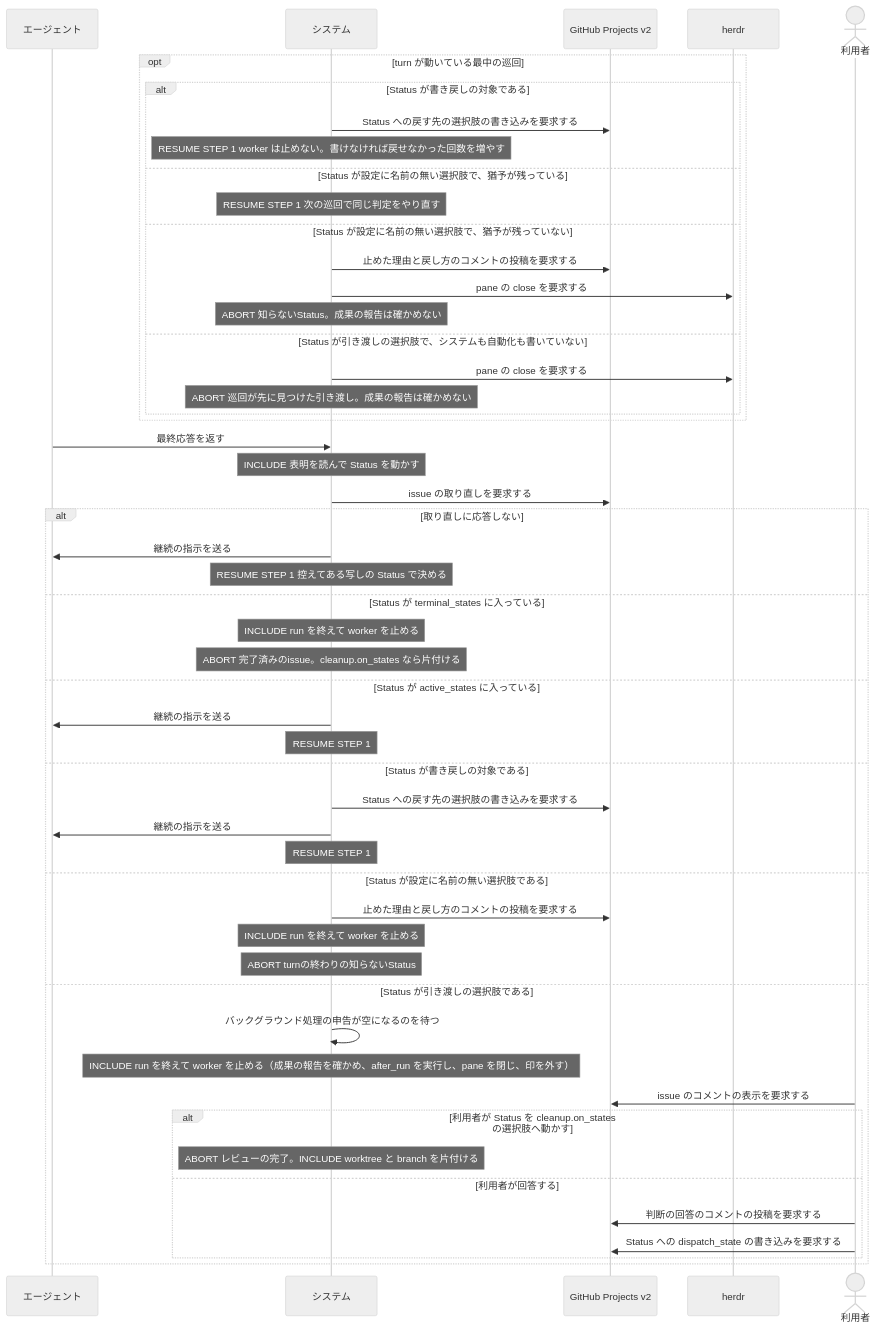
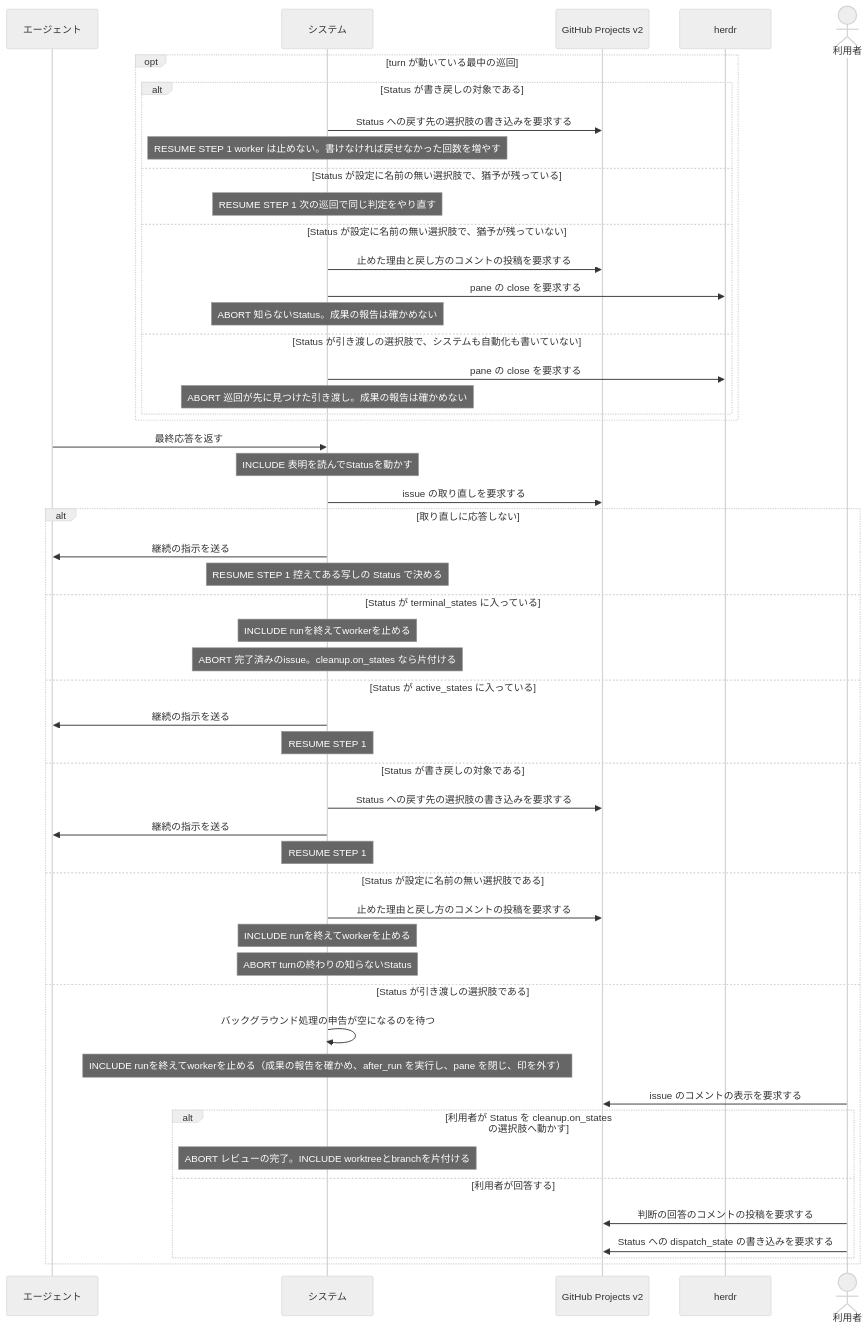
One commit to maimuzo/continuo changed the second of 2 diagrams in docs/spec/usecases/particular_case/人間に判断を渡す.rucm.md. Above: the diagram before and after it, drawn with Mermaid (neutral theme). The commit also changed other lines of this file and 220 other files, not shown here.

````diff
--- a/docs/spec/usecases/particular_case/人間に判断を渡す.rucm.md
+++ b/docs/spec/usecases/particular_case/人間に判断を渡す.rucm.md
@@ -468,55 +468,55 @@
 ```mermaid
 sequenceDiagram
     participant CC as エージェント
     participant S as システム
     participant GH as GitHub Projects v2
     participant H as herdr
     actor U as 利用者
 
     opt turn が動いている最中の巡回
         alt Status が書き戻しの対象である
             S->>GH: Status への戻す先の選択肢の書き込みを要求する
             Note over S: RESUME STEP 1 worker は止めない。書けなければ戻せなかった回数を増やす
         else Status が設定に名前の無い選択肢で、猶予が残っている
             Note over S: RESUME STEP 1 次の巡回で同じ判定をやり直す
         else Status が設定に名前の無い選択肢で、猶予が残っていない
             S->>GH: 止めた理由と戻し方のコメントの投稿を要求する
             S->>H: pane の close を要求する
             Note over S: ABORT 知らないStatus。成果の報告は確かめない
         else Status が引き渡しの選択肢で、システムも自動化も書いていない
             S->>H: pane の close を要求する
             Note over S: ABORT 巡回が先に見つけた引き渡し。成果の報告は確かめない
         end
     end
     CC->>S: 最終応答を返す
-    Note over S: INCLUDE 表明を読んで Status を動かす
+    Note over S: INCLUDE 表明を読んでStatusを動かす
     S->>GH: issue の取り直しを要求する
     alt 取り直しに応答しない
         S->>CC: 継続の指示を送る
         Note over S: RESUME STEP 1 控えてある写しの Status で決める
     else Status が terminal_states に入っている
-        Note over S: INCLUDE run を終えて worker を止める
+        Note over S: INCLUDE runを終えてworkerを止める
         Note over S: ABORT 完了済みのissue。cleanup.on_states なら片付ける
     else Status が active_states に入っている
         S->>CC: 継続の指示を送る
         Note over S: RESUME STEP 1
     else Status が書き戻しの対象である
         S->>GH: Status への戻す先の選択肢の書き込みを要求する
         S->>CC: 継続の指示を送る
         Note over S: RESUME STEP 1
     else Status が設定に名前の無い選択肢である
         S->>GH: 止めた理由と戻し方のコメントの投稿を要求する
-        Note over S: INCLUDE run を終えて worker を止める
+        Note over S: INCLUDE runを終えてworkerを止める
         Note over S: ABORT turnの終わりの知らないStatus
     else Status が引き渡しの選択肢である
         S->>S: バックグラウンド処理の申告が空になるのを待つ
-        Note over S: INCLUDE run を終えて worker を止める（成果の報告を確かめ、after_run を実行し、pane を閉じ、印を外す）
+        Note over S: INCLUDE runを終えてworkerを止める（成果の報告を確かめ、after_run を実行し、pane を閉じ、印を外す）
         U->>GH: issue のコメントの表示を要求する
         alt 利用者が Status を cleanup.on_states の選択肢へ動かす
-            Note over S: ABORT レビューの完了。INCLUDE worktree と branch を片付ける
+            Note over S: ABORT レビューの完了。INCLUDE worktreeとbranchを片付ける
         else 利用者が回答する
             U->>GH: 判断の回答のコメントの投稿を要求する
             U->>GH: Status への dispatch_state の書き込みを要求する
         end
     end
 ```
````
